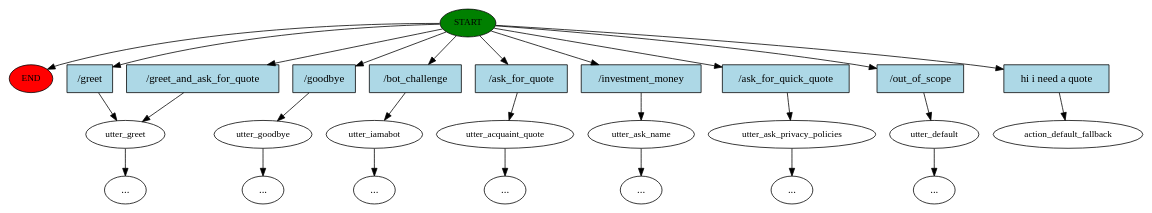
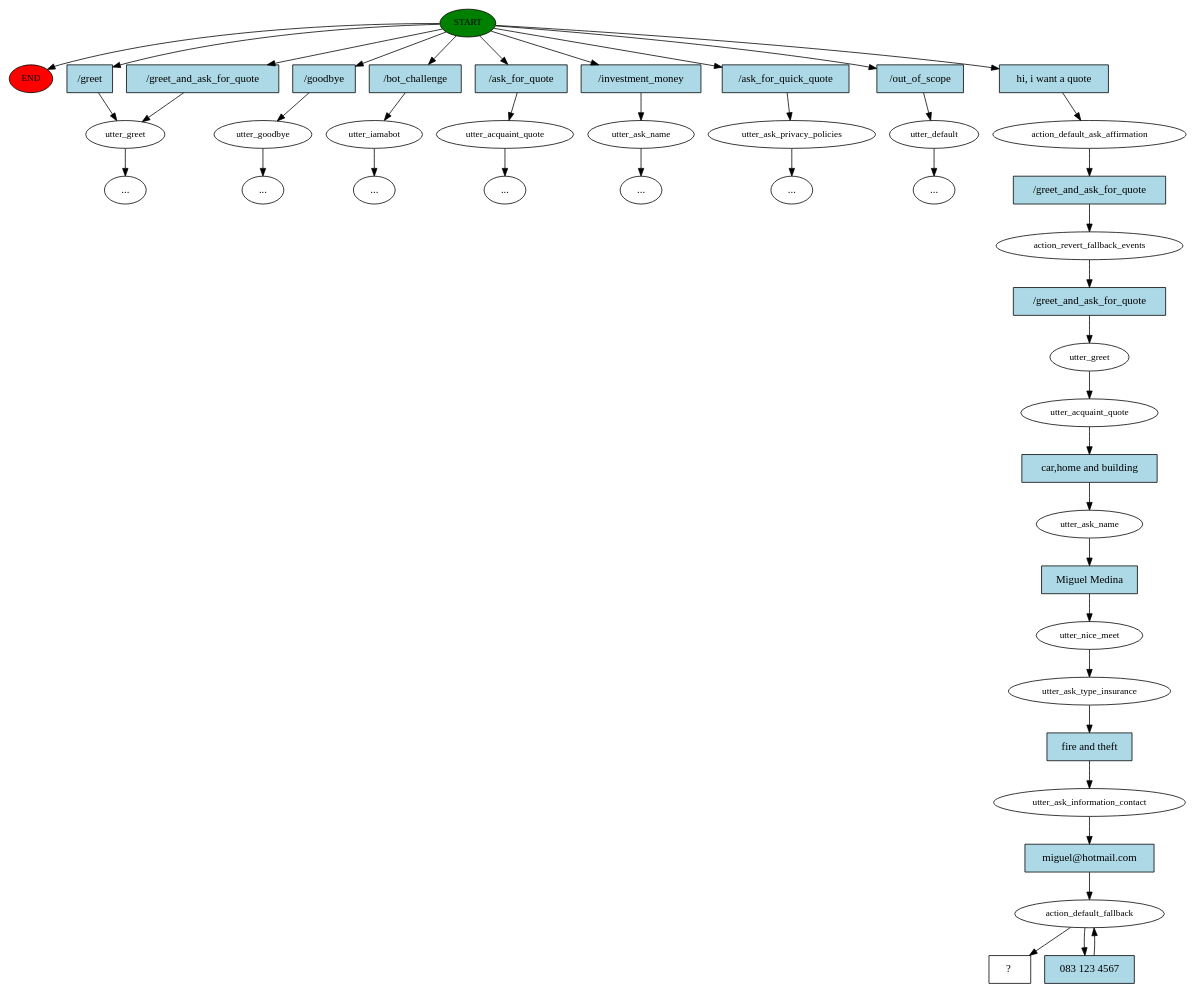
One commit to miguel-kjh/Sylvia changed the diagram in story_graph.dot. Above: the diagram before and after it, drawn with Graphviz. The commit also changed 22 other files, not shown here.

```diff
--- a/story_graph.dot
+++ b/story_graph.dot
@@ -1,54 +1,87 @@
 digraph  {
 0 [class="start active", fillcolor=green, fontsize=12, label=START, style=filled];
 "-1" [class=end, fillcolor=red, fontsize=12, label=END, style=filled];
 1 [class="", fontsize=12, label=utter_greet];
 2 [class="", fontsize=12, label=utter_goodbye];
 "-4" [class=ellipsis, label="..."];
 3 [class="", fontsize=12, label=utter_iamabot];
 "-5" [class=ellipsis, label="..."];
 12 [class="", fontsize=12, label=utter_acquaint_quote];
 "-25" [class=ellipsis, label="..."];
 "-37" [class=ellipsis, label="..."];
 36 [class="", fontsize=12, label=utter_ask_name];
 "-46" [class=ellipsis, label="..."];
 45 [class="", fontsize=12, label=utter_ask_privacy_policies];
 "-55" [class=ellipsis, label="..."];
 54 [class="", fontsize=12, label=utter_default];
 "-56" [class=ellipsis, label="..."];
-55 [class="dashed active", fontsize=12, label=action_default_fallback];
-56 [class=intent, fillcolor=lightblue, label="\/greet", shape=rect, style=filled];
-57 [class=intent, fillcolor=lightblue, label="\/greet_and_ask_for_quote", shape=rect, style=filled];
-58 [class=intent, fillcolor=lightblue, label="\/goodbye", shape=rect, style=filled];
-59 [class=intent, fillcolor=lightblue, label="\/bot_challenge", shape=rect, style=filled];
-60 [class=intent, fillcolor=lightblue, label="\/ask_for_quote", shape=rect, style=filled];
-61 [class=intent, fillcolor=lightblue, label="\/investment_money", shape=rect, style=filled];
-62 [class=intent, fillcolor=lightblue, label="\/ask_for_quick_quote", shape=rect, style=filled];
-63 [class=intent, fillcolor=lightblue, label="\/out_of_scope", shape=rect, style=filled];
-64 [class="intent active", fillcolor=lightblue, label="hi\ i\ need\ a\ quote", shape=rect, style=filled];
+55 [class=active, fontsize=12, label=action_default_ask_affirmation];
+56 [class=active, fontsize=12, label=action_revert_fallback_events];
+57 [class=active, fontsize=12, label=utter_greet];
+58 [class=active, fontsize=12, label=utter_acquaint_quote];
+59 [class=active, fontsize=12, label=utter_ask_name];
+60 [class=active, fontsize=12, label=utter_nice_meet];
+61 [class=active, fontsize=12, label=utter_ask_type_insurance];
+62 [class=active, fontsize=12, label=utter_ask_information_contact];
+63 [class=active, fontsize=12, label=action_default_fallback];
+65 [class="intent dashed active", label="  ?  ", shape=rect];
+66 [class=intent, fillcolor=lightblue, label="/greet", shape=rect, style=filled];
+67 [class=intent, fillcolor=lightblue, label="/greet_and_ask_for_quote", shape=rect, style=filled];
+68 [class=intent, fillcolor=lightblue, label="/goodbye", shape=rect, style=filled];
+69 [class=intent, fillcolor=lightblue, label="/bot_challenge", shape=rect, style=filled];
+70 [class=intent, fillcolor=lightblue, label="/ask_for_quote", shape=rect, style=filled];
+71 [class=intent, fillcolor=lightblue, label="/investment_money", shape=rect, style=filled];
+72 [class=intent, fillcolor=lightblue, label="/ask_for_quick_quote", shape=rect, style=filled];
+73 [class=intent, fillcolor=lightblue, label="/out_of_scope", shape=rect, style=filled];
+74 [class="intent active", fillcolor=lightblue, label="hi, i want a quote", shape=rect, style=filled];
+75 [class="intent active", fillcolor=lightblue, label="/greet_and_ask_for_quote", shape=rect, style=filled];
+76 [class="intent active", fillcolor=lightblue, label="/greet_and_ask_for_quote", shape=rect, style=filled];
+77 [class="intent active", fillcolor=lightblue, label="car,home and building", shape=rect, style=filled];
+78 [class="intent active", fillcolor=lightblue, label="Miguel Medina", shape=rect, style=filled];
+79 [class="intent active", fillcolor=lightblue, label="fire and theft", shape=rect, style=filled];
+80 [class="intent active", fillcolor=lightblue, label="miguel@hotmail.com", shape=rect, style=filled];
+81 [class="intent active", fillcolor=lightblue, label="083 123 4567", shape=rect, style=filled];
 0 -> "-1"  [class="", key=NONE, label=""];
-0 -> 56  [class="", key=0];
-0 -> 57  [class="", key=0];
-0 -> 58  [class="", key=0];
-0 -> 59  [class="", key=0];
-0 -> 60  [class="", key=0];
-0 -> 61  [class="", key=0];
-0 -> 62  [class="", key=0];
-0 -> 63  [class="", key=0];
-0 -> 64  [class=active, key=0];
+0 -> 66  [class="", key=0];
+0 -> 67  [class="", key=0];
+0 -> 68  [class="", key=0];
+0 -> 69  [class="", key=0];
+0 -> 70  [class="", key=0];
+0 -> 71  [class="", key=0];
+0 -> 72  [class="", key=0];
+0 -> 73  [class="", key=0];
+0 -> 74  [class=active, key=0];
 1 -> "-25"  [class="", key=NONE, label=""];
 2 -> "-4"  [class="", key=NONE, label=""];
 3 -> "-5"  [class="", key=NONE, label=""];
 12 -> "-37"  [class="", key=NONE, label=""];
 36 -> "-46"  [class="", key=NONE, label=""];
 45 -> "-55"  [class="", key=NONE, label=""];
 54 -> "-56"  [class="", key=NONE, label=""];
-56 -> 1  [class="", key=0];
-57 -> 1  [class="", key=0];
-58 -> 2  [class="", key=0];
-59 -> 3  [class="", key=0];
-60 -> 12  [class="", key=0];
-61 -> 36  [class="", key=0];
-62 -> 45  [class="", key=0];
-63 -> 54  [class="", key=0];
-64 -> 55  [class=active, key=0];
+55 -> 75  [class=active, key=0];
+56 -> 76  [class=active, key=0];
+57 -> 58  [class=active, key=NONE, label=""];
+58 -> 77  [class=active, key=0];
+59 -> 78  [class=active, key=0];
+60 -> 61  [class=active, key=NONE, label=""];
+61 -> 79  [class=active, key=0];
+62 -> 80  [class=active, key=0];
+63 -> 65  [class=active, key=NONE, label=""];
+63 -> 81  [class=active, key=0];
+66 -> 1  [class="", key=0];
+67 -> 1  [class="", key=0];
+68 -> 2  [class="", key=0];
+69 -> 3  [class="", key=0];
+70 -> 12  [class="", key=0];
+71 -> 36  [class="", key=0];
+72 -> 45  [class="", key=0];
+73 -> 54  [class="", key=0];
+74 -> 55  [class=active, key=0];
+75 -> 56  [class=active, key=0];
+76 -> 57  [class=active, key=0];
+77 -> 59  [class=active, key=0];
+78 -> 60  [class=active, key=0];
+79 -> 62  [class=active, key=0];
+80 -> 63  [class=active, key=0];
+81 -> 63  [class=active, key=0];
 }
```
